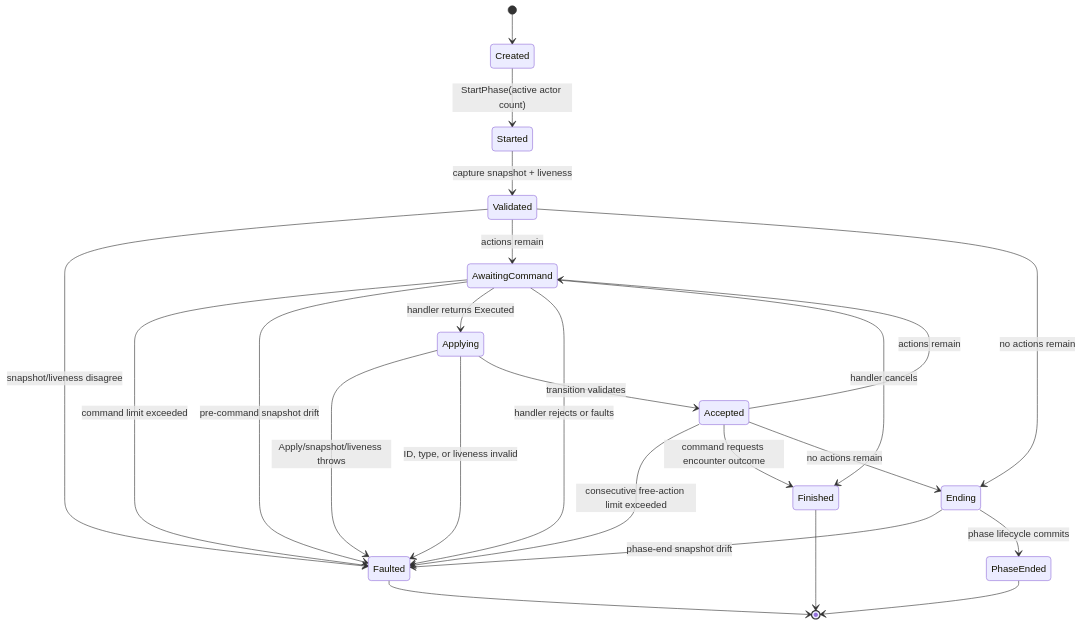
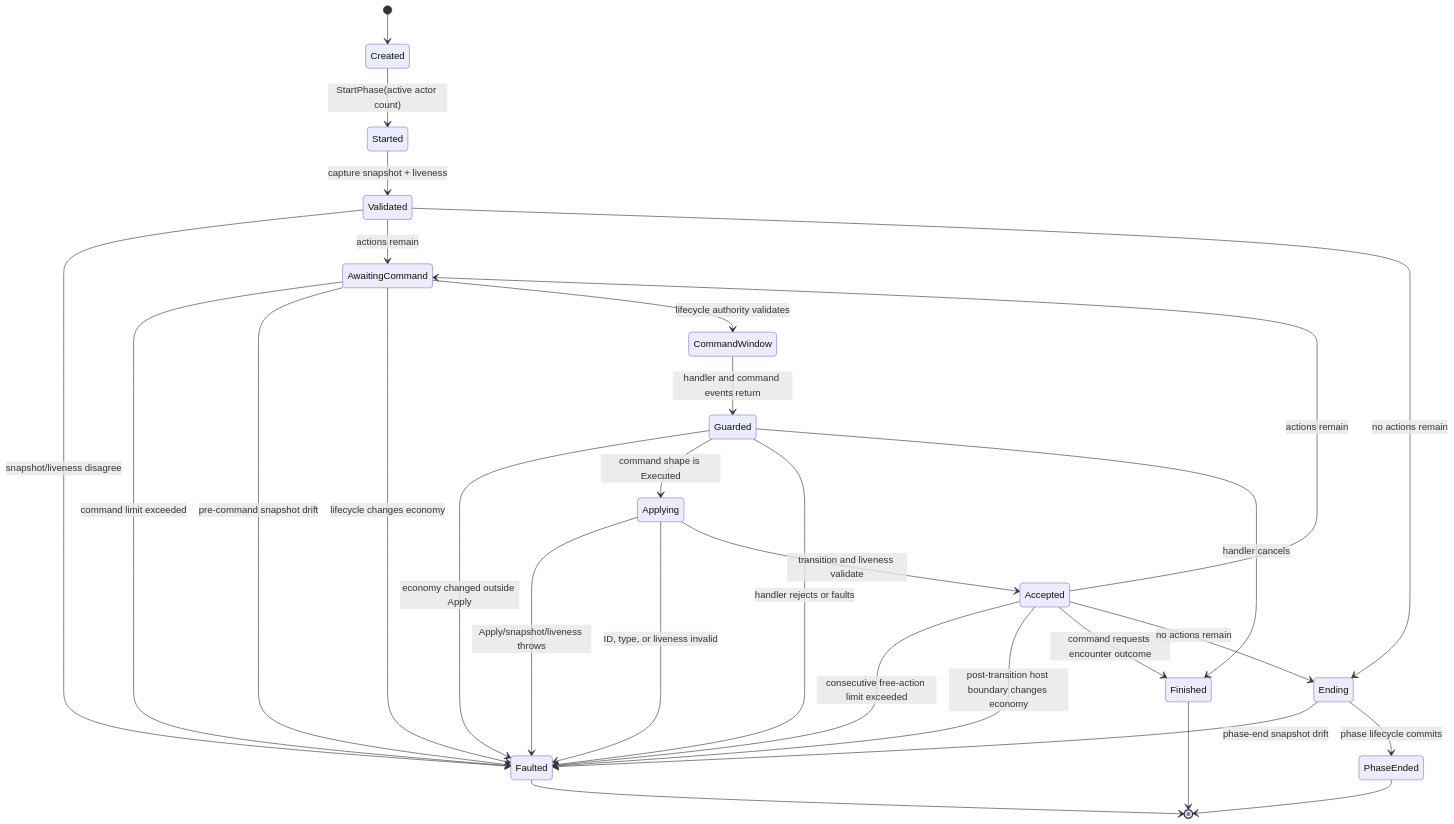
Before and after one commit to KayelC/Convergence: the second of 4 diagrams in docs/technical/turn-economy-runtime.md, drawn with Mermaid. The commit also changed other lines of this file and 10 other files, not shown here.

````diff
--- a/docs/technical/turn-economy-runtime.md
+++ b/docs/technical/turn-economy-runtime.md
@@ -69,29 +69,34 @@
 ```mermaid
 stateDiagram-v2
     [*] --> Created
     Created --> Started: StartPhase(active actor count)
     Started --> Validated: capture snapshot + liveness
     Validated --> Faulted: snapshot/liveness disagree
     Validated --> AwaitingCommand: actions remain
     Validated --> Ending: no actions remain
 
     AwaitingCommand --> Faulted: command limit exceeded
     AwaitingCommand --> Faulted: pre-command snapshot drift
-    AwaitingCommand --> Applying: handler returns Executed
-    AwaitingCommand --> Faulted: handler rejects or faults
-    AwaitingCommand --> Finished: handler cancels
+    AwaitingCommand --> Faulted: lifecycle changes economy
+    AwaitingCommand --> CommandWindow: lifecycle authority validates
+    CommandWindow --> Guarded: handler and command events return
+    Guarded --> Faulted: economy changed outside Apply
+    Guarded --> Applying: command shape is Executed
+    Guarded --> Faulted: handler rejects or faults
+    Guarded --> Finished: handler cancels
 
     Applying --> Faulted: Apply/snapshot/liveness throws
     Applying --> Faulted: ID, type, or liveness invalid
-    Applying --> Accepted: transition validates
+    Applying --> Accepted: transition and liveness validate
     Accepted --> Faulted: consecutive free-action limit exceeded
+    Accepted --> Faulted: post-transition host boundary changes economy
     Accepted --> Finished: command requests encounter outcome
     Accepted --> AwaitingCommand: actions remain
     Accepted --> Ending: no actions remain
 
     Ending --> Faulted: phase-end snapshot drift
     Ending --> PhaseEnded: phase lifecycle commits
     PhaseEnded --> [*]
     Faulted --> [*]
     Finished --> [*]
 ```
````
